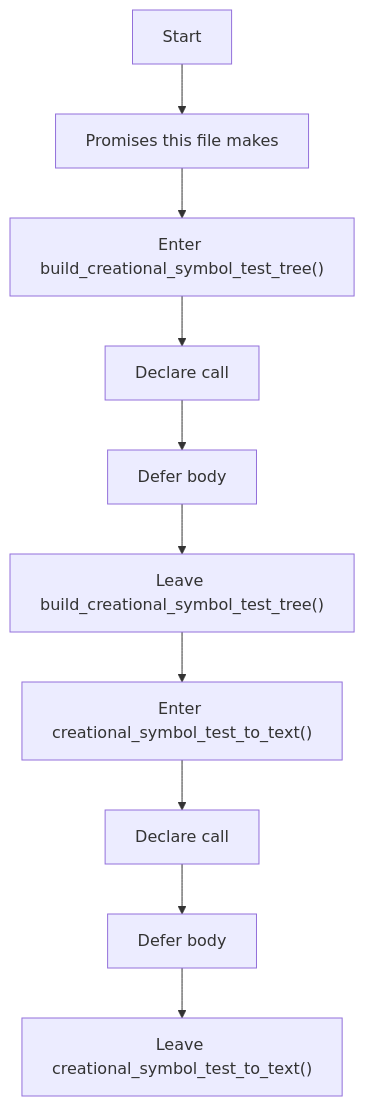
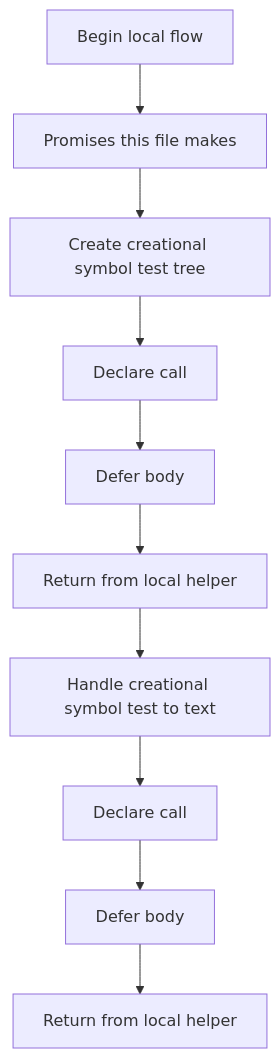
Before and after one commit to JohnAndrewBalbarosa/NeoTerritory: the first of 4 diagrams in docs/Codebase/Microservice/Modules/Header/SyntacticBrokenAST/Analysis/Patterns/Creational/SymbolTest/core.hpp.md, drawn with Mermaid. The commit also changed other lines of this file and 925 other files, not shown here.

````diff
--- a/docs/Codebase/Microservice/Modules/Header/SyntacticBrokenAST/Analysis/Patterns/Creational/SymbolTest/core.hpp.md
+++ b/docs/Codebase/Microservice/Modules/Header/SyntacticBrokenAST/Analysis/Patterns/Creational/SymbolTest/core.hpp.md
@@ -30,22 +29,22 @@
 ```mermaid
 flowchart TD
-    N0["Start"]
+    N0["Begin local flow"]
     N1["Promises this file makes"]
-    N2["Enter build_creational_symbol_test_tree()"]
+    N2["Create creational symbol test tree"]
     N3["Declare call"]
     N4["Defer body"]
-    N5["Leave build_creational_symbol_test_tree()"]
-    N6["Enter creational_symbol_test_to_text()"]
+    N5["Return from local helper"]
+    N6["Handle creational symbol test to text"]
     N7["Declare call"]
     N8["Defer body"]
-    N9["Leave creational_symbol_test_to_text()"]
+    N9["Return from local helper"]
     N0 --> N1
     N1 --> N2
     N2 --> N3
     N3 --> N4
     N4 --> N5
     N5 --> N6
     N6 --> N7
     N7 --> N8
     N8 --> N9
 ```
````
